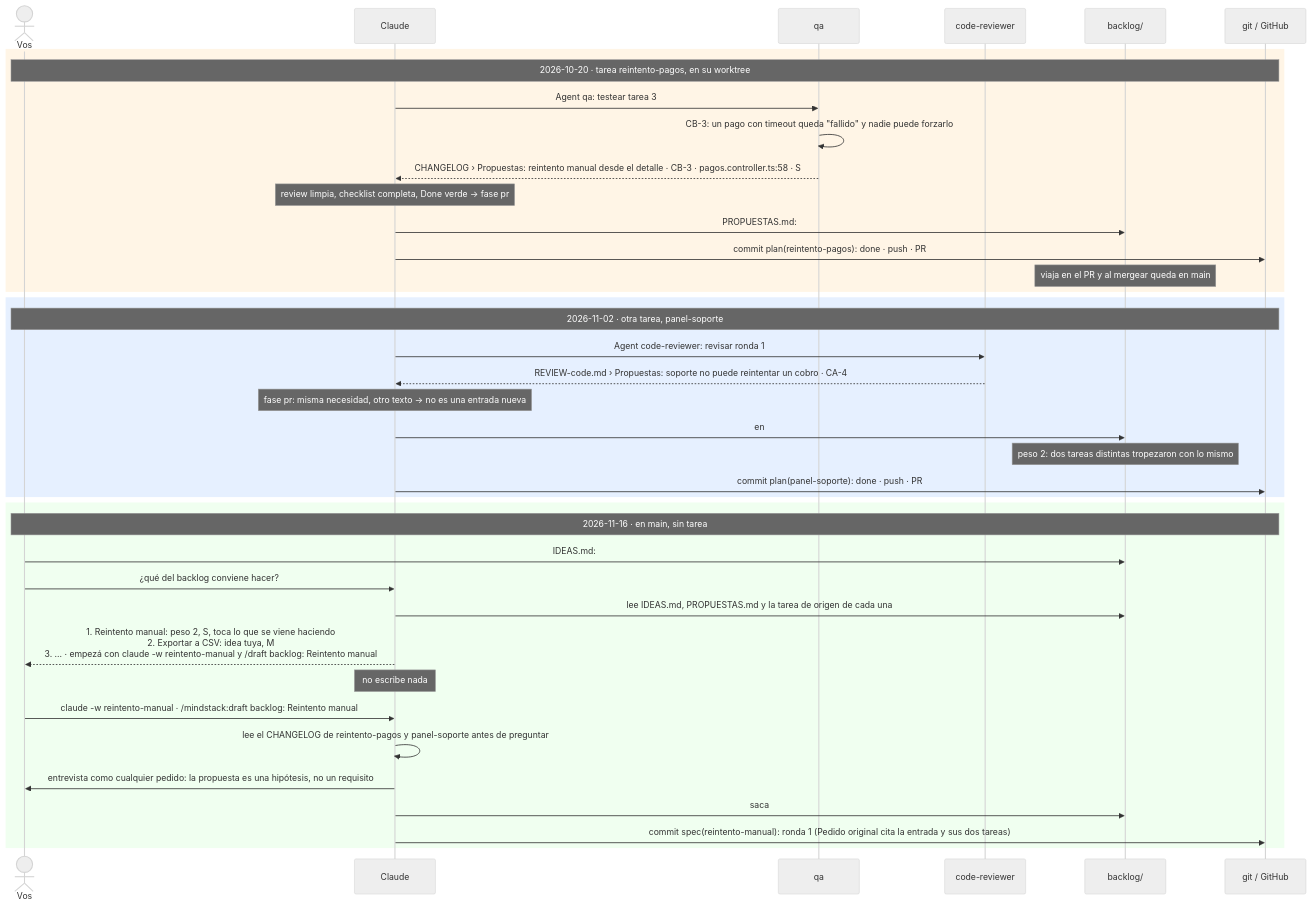
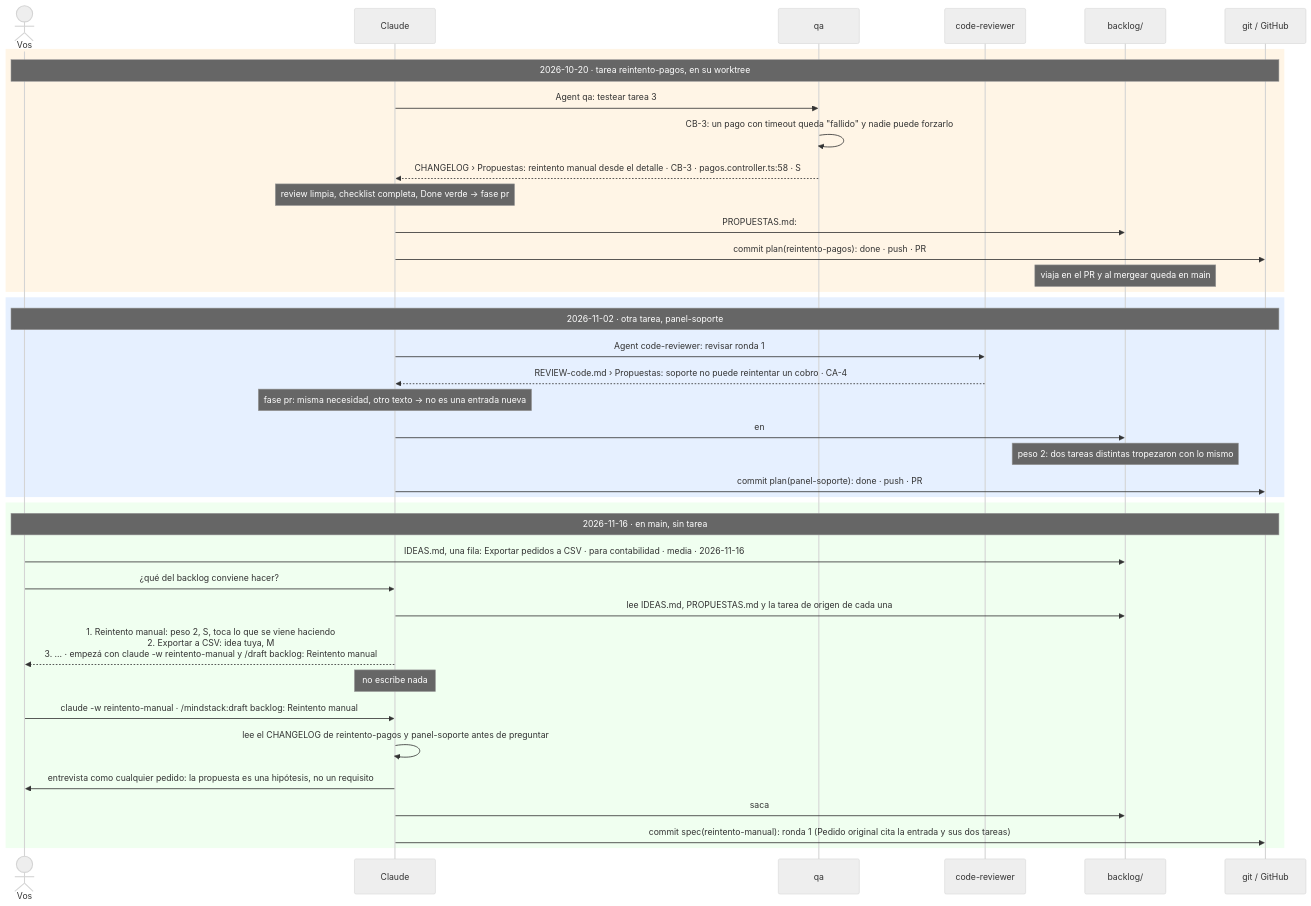
Before and after one commit to octavio-parozlabs/mindstack: the diagram in use-cases/07-backlog.md, drawn with Mermaid (neutral theme). The commit also changed 5 other files, not shown here.

````diff
--- a/use-cases/07-backlog.md
+++ b/use-cases/07-backlog.md
@@ -5,44 +5,44 @@
 ```mermaid
 sequenceDiagram
     actor U as Vos
     participant C as Claude
     participant Q as qa
     participant R as code-reviewer
     participant B as backlog/
     participant G as git / GitHub
 
     rect rgb(255, 245, 230)
     Note over U,G: 2026-10-20 · tarea reintento-pagos, en su worktree
     C->>Q: Agent qa: testear tarea 3
     Q->>Q: CB-3: un pago con timeout queda "fallido" y nadie puede forzarlo
     Q-->>C: CHANGELOG › Propuestas: reintento manual desde el detalle · CB-3 · pagos.controller.ts:58 · S
     Note over C: review limpia, checklist completa, Done verde → fase pr
     C->>B: PROPUESTAS.md: ## Reintento manual (2026-10-20 · qa · reintento-pagos, CB-3)
     C->>G: commit plan(reintento-pagos): done · push · PR
     Note over B: viaja en el PR y al mergear queda en main
     end
 
     rect rgb(230, 240, 255)
     Note over U,G: 2026-11-02 · otra tarea, panel-soporte
     C->>R: Agent code-reviewer: revisar ronda 1
     R-->>C: REVIEW-code.md › Propuestas: soporte no puede reintentar un cobro · CA-4
     Note over C: fase pr: misma necesidad, otro texto → no es una entrada nueva
     C->>B: en ## Reintento manual: Visto también 2026-11-02 · code-reviewer · panel-soporte, CA-4
     Note over B: peso 2: dos tareas distintas tropezaron con lo mismo
     C->>G: commit plan(panel-soporte): done · push · PR
     end
 
     rect rgb(240, 255, 240)
     Note over U,G: 2026-11-16 · en main, sin tarea
-    U->>B: IDEAS.md: ## Exportar pedidos a CSV (a mano, cuando se te ocurre)
+    U->>B: IDEAS.md, una fila: Exportar pedidos a CSV · para contabilidad · media · 2026-11-16
     U->>C: ¿qué del backlog conviene hacer?
     C->>B: lee IDEAS.md, PROPUESTAS.md y la tarea de origen de cada una
     C-->>U: 1. Reintento manual: peso 2, S, toca lo que se viene haciendo<br/>2. Exportar a CSV: idea tuya, M<br/>3. ... · empezá con claude -w reintento-manual y /draft backlog: Reintento manual
     Note over C: no escribe nada
     U->>C: claude -w reintento-manual · /mindstack:draft backlog: Reintento manual
     C->>C: lee el CHANGELOG de reintento-pagos y panel-soporte antes de preguntar
     C->>U: entrevista como cualquier pedido: la propuesta es una hipótesis, no un requisito
     C->>B: saca ## Reintento manual de PROPUESTAS.md
     C->>G: commit spec(reintento-manual): ronda 1 (Pedido original cita la entrada y sus dos tareas)
     end
 ```
````
